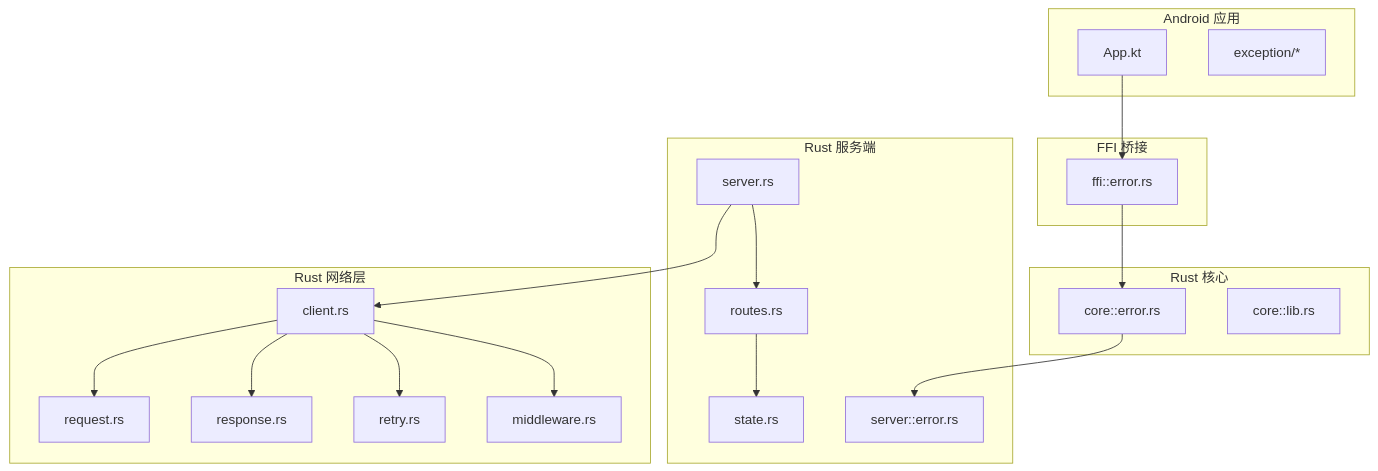
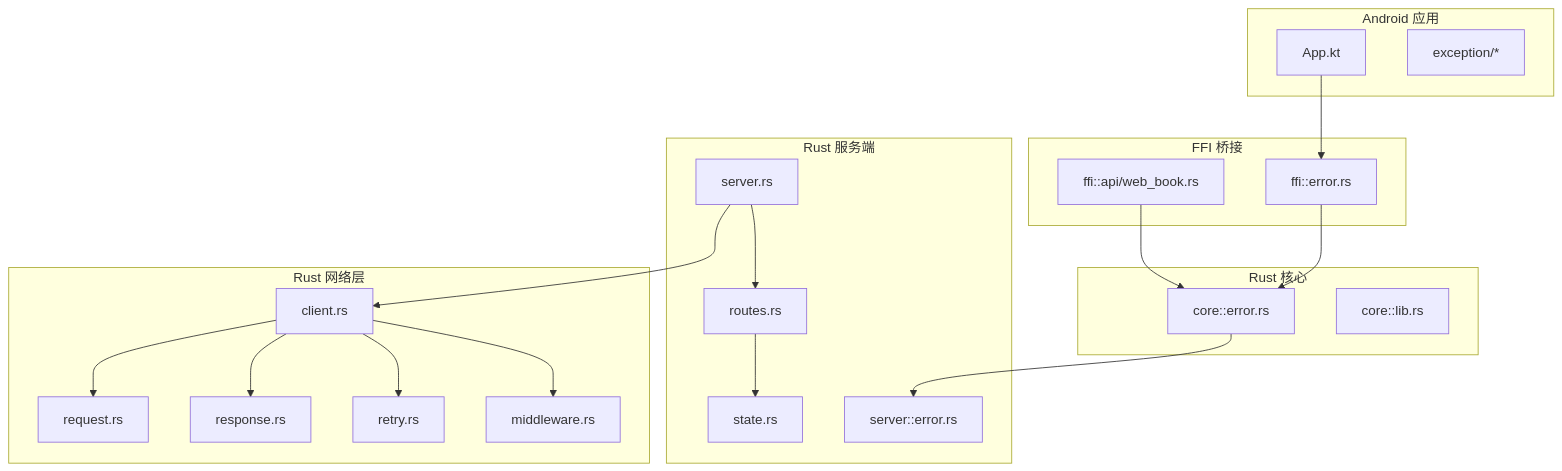
The first of 7 diagrams in .qoder/repowiki/zh/content/同步服务/API接口设计/错误处理机制.md (ZhangGHGitHub/LegadoTeamFlutter), drawn with Mermaid before and after one commit. The commit also changed other lines of this file and 173 other files, not shown here.

````diff
--- a/.qoder/repowiki/zh/content/同步服务/API接口设计/错误处理机制.md
+++ b/.qoder/repowiki/zh/content/同步服务/API接口设计/错误处理机制.md
@@ -45,37 +53,39 @@
 ```mermaid
 graph TB
 subgraph "Android 应用"
 A_App["App.kt"]
 A_Exc["exception/*"]
 end
 subgraph "Rust 核心"
 R_CoreErr["core::error.rs"]
 R_CoreLib["core::lib.rs"]
 end
 subgraph "Rust 服务端"
 S_Server["server.rs"]
 S_Routes["routes.rs"]
 S_State["state.rs"]
 S_Err["server::error.rs"]
 end
 subgraph "Rust 网络层"
 N_Client["client.rs"]
 N_Request["request.rs"]
 N_Response["response.rs"]
 N_Retry["retry.rs"]
 N_MW["middleware.rs"]
 end
 subgraph "FFI 桥接"
 F_Error["ffi::error.rs"]
+F_WebBook["ffi::api/web_book.rs"]
 end
 A_App --> F_Error
 F_Error --> R_CoreErr
 R_CoreErr --> S_Err
 S_Server --> S_Routes
 S_Routes --> S_State
 S_Server --> N_Client
 N_Client --> N_Request
 N_Client --> N_Response
 N_Client --> N_Retry
 N_Client --> N_MW
+F_WebBook --> R_CoreErr
 ```
````
